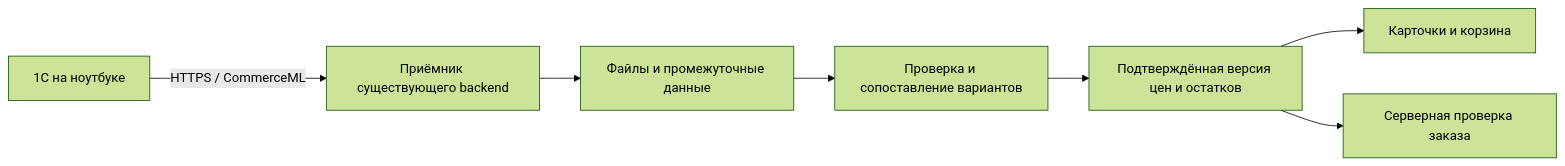
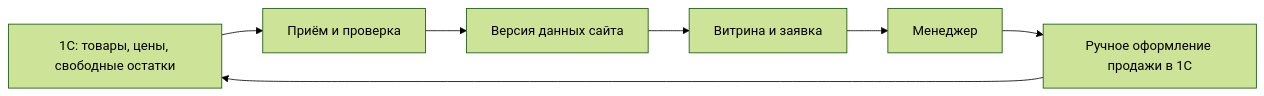
One commit to gracecosmeticsru/grace changed the diagram in docs/1C-INTEGRATION.md. Above: the diagram before and after it, drawn with Mermaid (forest theme). The commit also changed other lines of this file and 14 other files, not shown here.

````diff
--- a/docs/1C-INTEGRATION.md
+++ b/docs/1C-INTEGRATION.md
@@ -123,9 +11,9 @@
 ```mermaid
 flowchart LR
-    A[1С на ноутбуке] -->|HTTPS / CommerceML| B[Приёмник существующего backend]
-    B --> C[Файлы и промежуточные данные]
-    C --> D[Проверка и сопоставление вариантов]
-    D --> E[Подтверждённая версия цен и остатков]
-    E --> F[Карточки и корзина]
-    E --> G[Серверная проверка заказа]
+    A[1С: товары, цены, свободные остатки] --> B[Приём и проверка]
+    B --> C[Версия данных сайта]
+    C --> D[Витрина и заявка]
+    D --> E[Менеджер]
+    E --> F[Ручное оформление продажи в 1С]
+    F --> A
 ```
````
